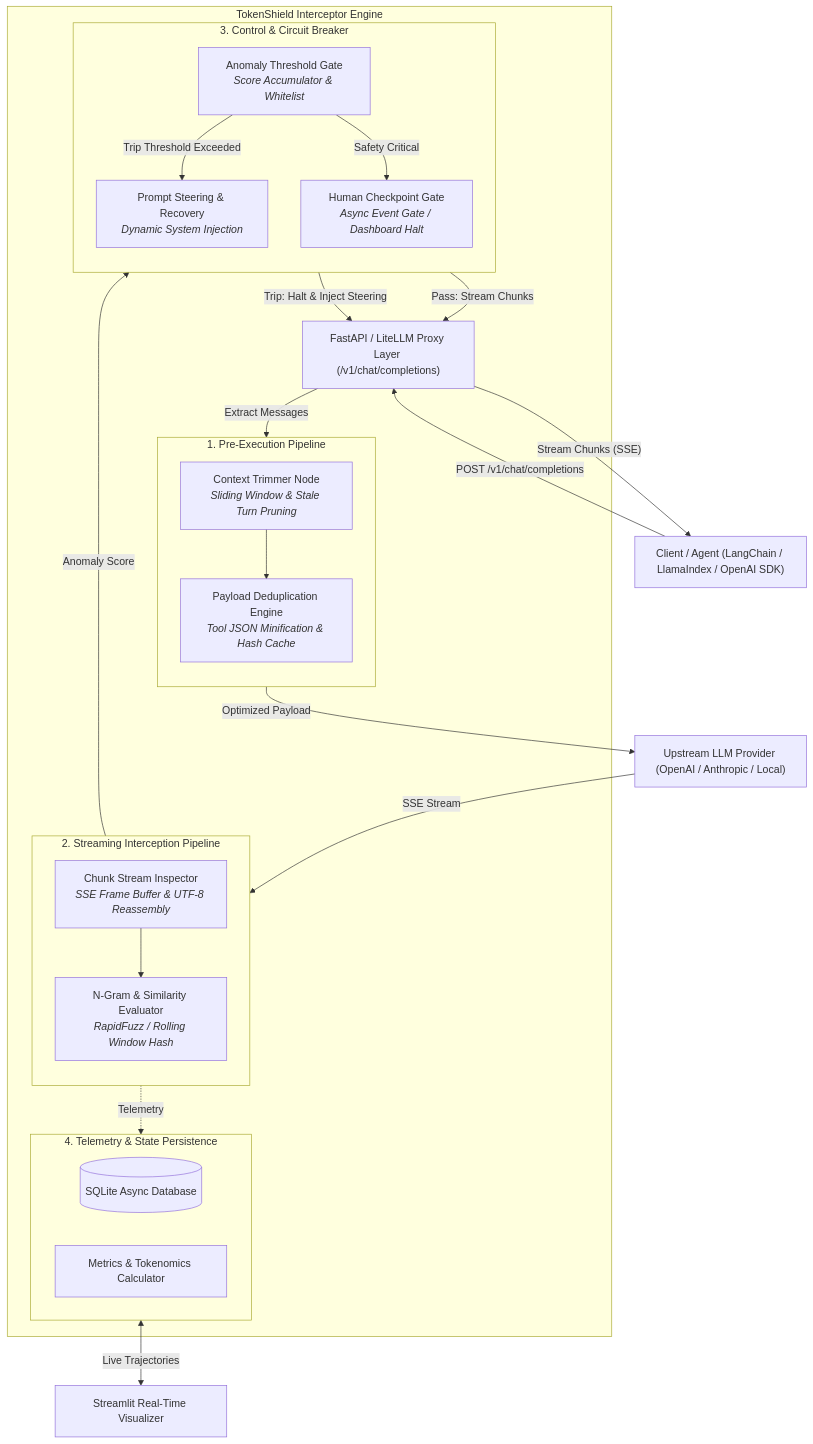
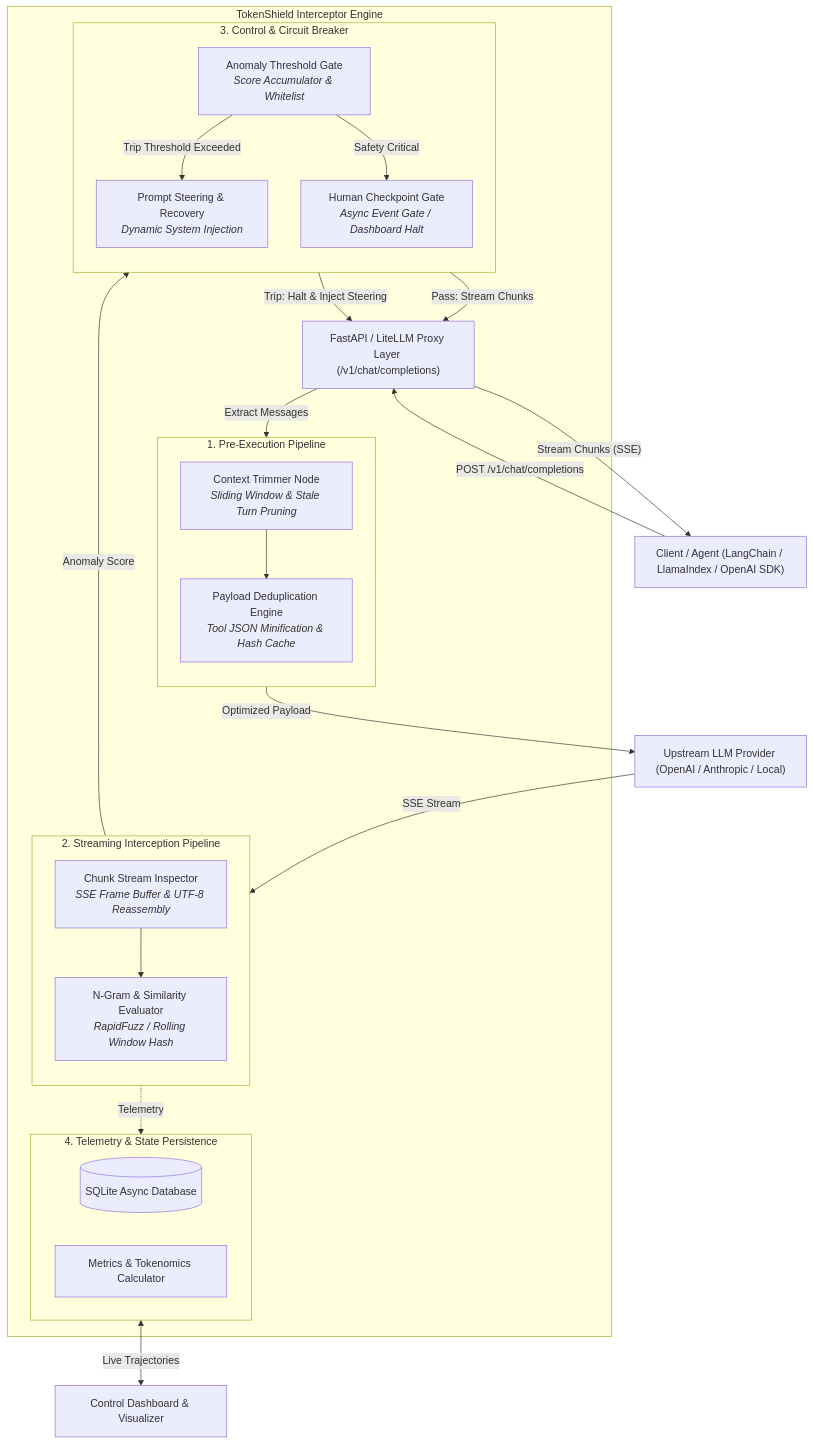
Before and after one commit to abdulhadi19306v10-oss/TokenShield: the diagram in README.md, drawn with Mermaid. The commit also changed other lines of this file and 5 other files, not shown here.

````diff
--- a/README.md
+++ b/README.md
@@ -54,50 +56,50 @@
 ```mermaid
 flowchart TD
     Client["Client / Agent (LangChain / LlamaIndex / OpenAI SDK)"]
     
     subgraph TokenShield ["TokenShield Interceptor Engine"]
         API["FastAPI / LiteLLM Proxy Layer (/v1/chat/completions)"]
         
         subgraph PreFlight ["1. Pre-Execution Pipeline"]
             direction TB
             CTN["Context Trimmer Node<br><i>Sliding Window & Stale Turn Pruning</i>"]
             PDE["Payload Deduplication Engine<br><i>Tool JSON Minification & Hash Cache</i>"]
             CTN --> PDE
         end
         
         subgraph InFlight ["2. Streaming Interception Pipeline"]
             direction TB
             CSI["Chunk Stream Inspector<br><i>SSE Frame Buffer & UTF-8 Reassembly</i>"]
             NSE["N-Gram & Similarity Evaluator<br><i>RapidFuzz / Rolling Window Hash</i>"]
             CSI --> NSE
         end
         
         subgraph ControlCircuit ["3. Control & Circuit Breaker"]
             direction TB
             ATG["Anomaly Threshold Gate<br><i>Score Accumulator & Whitelist</i>"]
             PSG["Prompt Steering & Recovery<br><i>Dynamic System Injection</i>"]
             HCG["Human Checkpoint Gate<br><i>Async Event Gate / Dashboard Halt</i>"]
             ATG -->|Trip Threshold Exceeded| PSG
             ATG -->|Safety Critical| HCG
         end
         
         subgraph StorageLayer ["4. Telemetry & State Persistence"]
             DB[(SQLite Async Database)]
             MetricsEngine["Metrics & Tokenomics Calculator"]
         end
     end
     
     Upstream["Upstream LLM Provider (OpenAI / Anthropic / Local)"]
-    Dashboard["Streamlit Real-Time Visualizer"]
+    Dashboard["Control Dashboard & Visualizer"]
 
     Client -->|"POST /v1/chat/completions"| API
     API -->|"Extract Messages"| PreFlight
     PreFlight -->|"Optimized Payload"| Upstream
     Upstream -->|"SSE Stream"| InFlight
     InFlight -->|"Anomaly Score"| ControlCircuit
     ControlCircuit -->|"Pass: Stream Chunks"| API
     API -->|"Stream Chunks (SSE)"| Client
     ControlCircuit -->|"Trip: Halt & Inject Steering"| API
     InFlight -.->|"Telemetry"| StorageLayer
     StorageLayer <-->|"Live Trajectories"| Dashboard
 ```
````
